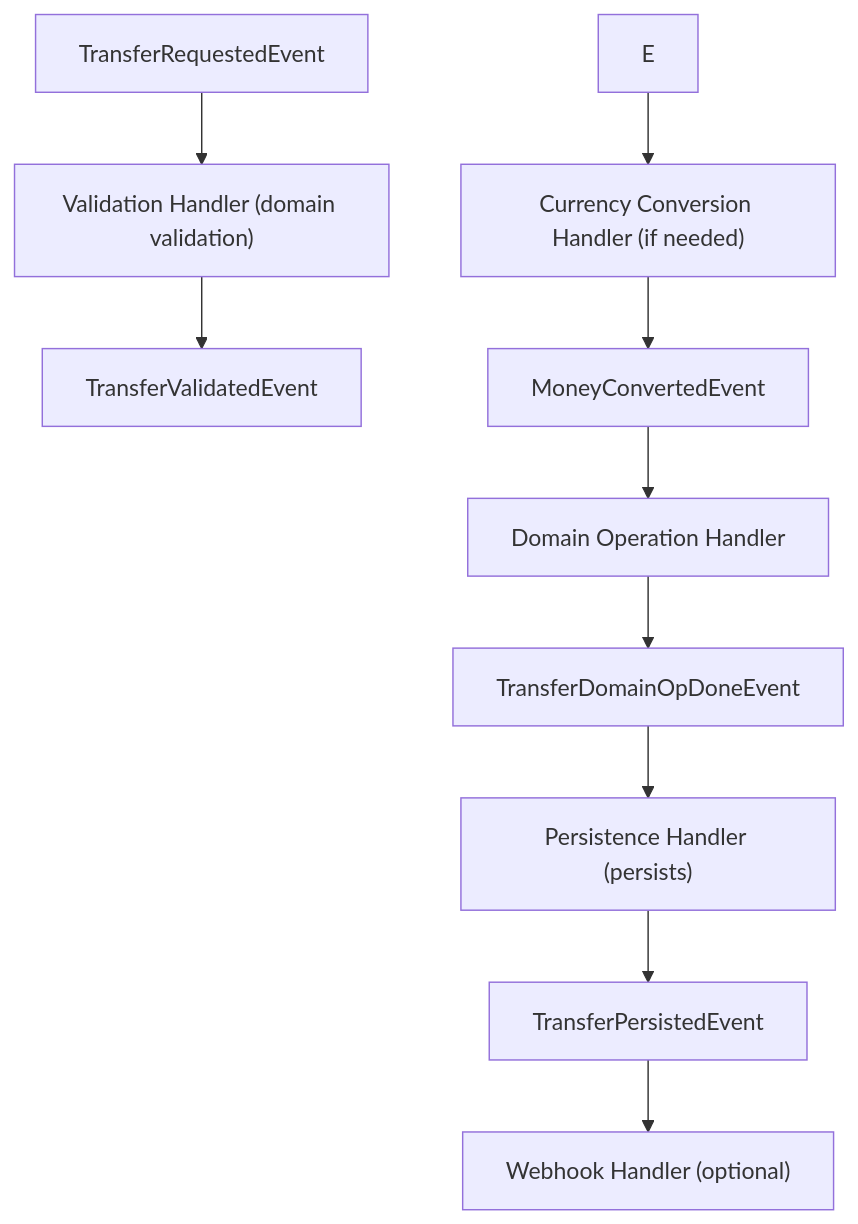
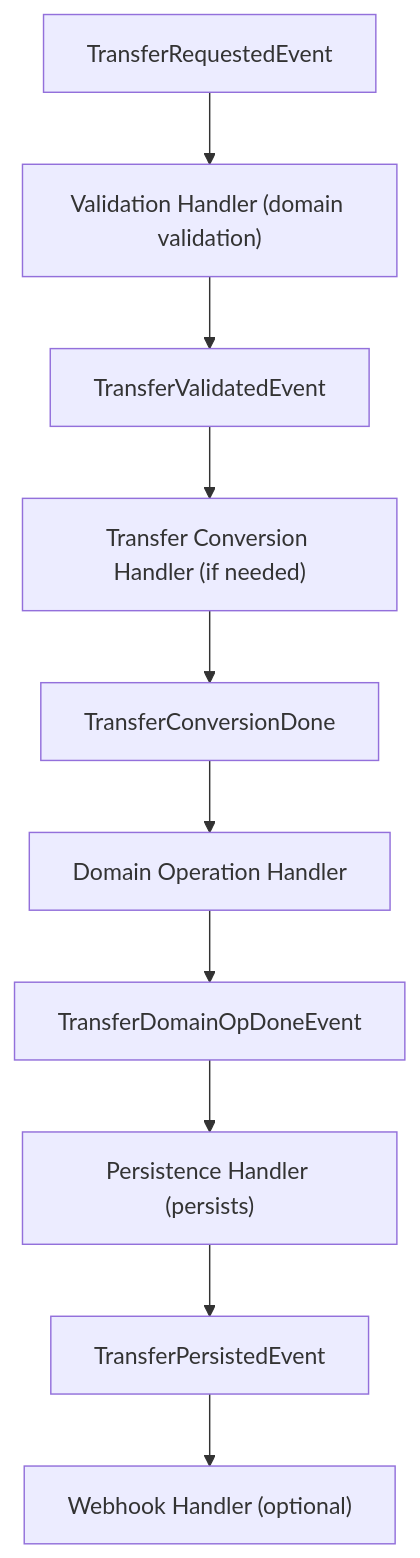
The second of 2 diagrams in docs/refactoring/event-driven-transfer-flow.md (amirasaad/fintech), drawn with Mermaid before and after one commit. The commit also changed other lines of this file and 1 other file, not shown here.

First line of the commit message:
docs(refactoring): enhance event-driven architecture documentation with lessons learned

````diff
--- a/docs/refactoring/event-driven-transfer-flow.md
+++ b/docs/refactoring/event-driven-transfer-flow.md
@@ -55,12 +73,12 @@
 ```mermaid
 flowchart TD
     A["TransferRequestedEvent"] --> B["Validation Handler (domain validation)"]
     B --> C["TransferValidatedEvent"]
-    E --> F["Currency Conversion Handler (if needed)"]
-    F --> G["MoneyConvertedEvent"]
-    G --> H["Domain Operation Handler"]
-    H --> I["TransferDomainOpDoneEvent"]
-    I --> J["Persistence Handler (persists)"]
-    J --> K["TransferPersistedEvent"]
-    K --> L["Webhook Handler (optional)"]
+    C --> D["Transfer Conversion Handler (if needed)"]
+    D --> E["TransferConversionDone"]
+    E --> F["Domain Operation Handler"]
+    F --> G["TransferDomainOpDoneEvent"]
+    G --> H["Persistence Handler (persists)"]
+    H --> I["TransferPersistedEvent"]
+    I --> J["Webhook Handler (optional)"]
 ```
````
